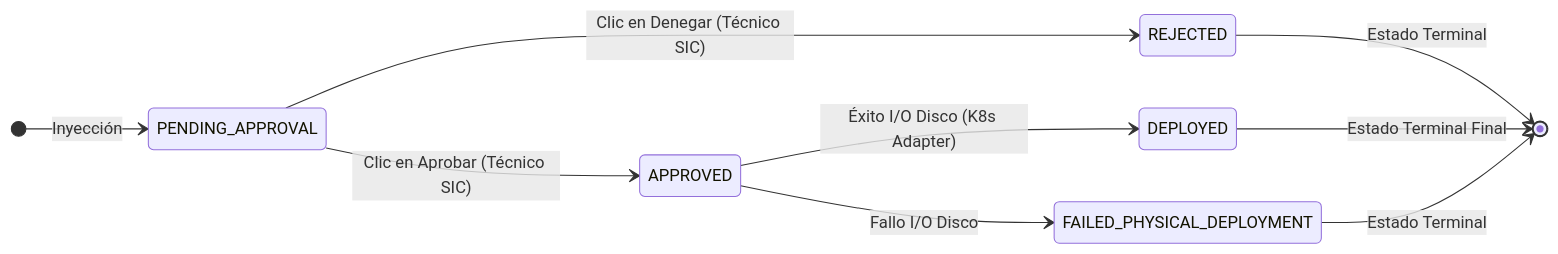
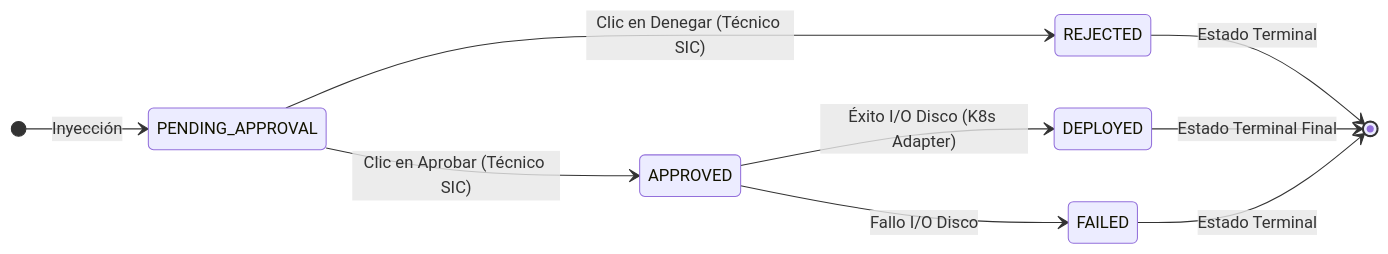
The first of 2 diagrams in memoria/6_Interfaz_HITL.md (JesusSolisOrtega/agentic-deployer), drawn with Mermaid before and after one commit. The commit also changed other lines of this file and 45 other files, not shown here.

````diff
--- a/memoria/6_Interfaz_HITL.md
+++ b/memoria/6_Interfaz_HITL.md
@@ -54,15 +54,15 @@
 ```mermaid
 stateDiagram-v2
-    direction LR
-    [*] --> PENDING_APPROVAL : Inyección
-    
-    PENDING_APPROVAL --> APPROVED : Clic en Aprobar (Técnico SIC)
-    PENDING_APPROVAL --> REJECTED : Clic en Denegar (Técnico SIC)
-    
-    APPROVED --> DEPLOYED : Éxito I/O Disco (K8s Adapter)
-    APPROVED --> FAILED_PHYSICAL_DEPLOYMENT : Fallo I/O Disco
-    
-    REJECTED --> [*] : Estado Terminal
-    DEPLOYED --> [*] : Estado Terminal Final
-    FAILED_PHYSICAL_DEPLOYMENT --> [*] : Estado Terminal
+  direction LR
+  [*] --> PENDING_APPROVAL : Inyección
+  
+  PENDING_APPROVAL --> APPROVED : Clic en Aprobar (Técnico SIC)
+  PENDING_APPROVAL --> REJECTED : Clic en Denegar (Técnico SIC)
+  
+  APPROVED --> DEPLOYED : Éxito I/O Disco (K8s Adapter)
+  APPROVED --> FAILED : Fallo I/O Disco
+  
+  REJECTED --> [*] : Estado Terminal
+  DEPLOYED --> [*] : Estado Terminal Final
+  FAILED --> [*] : Estado Terminal
 ```
````
